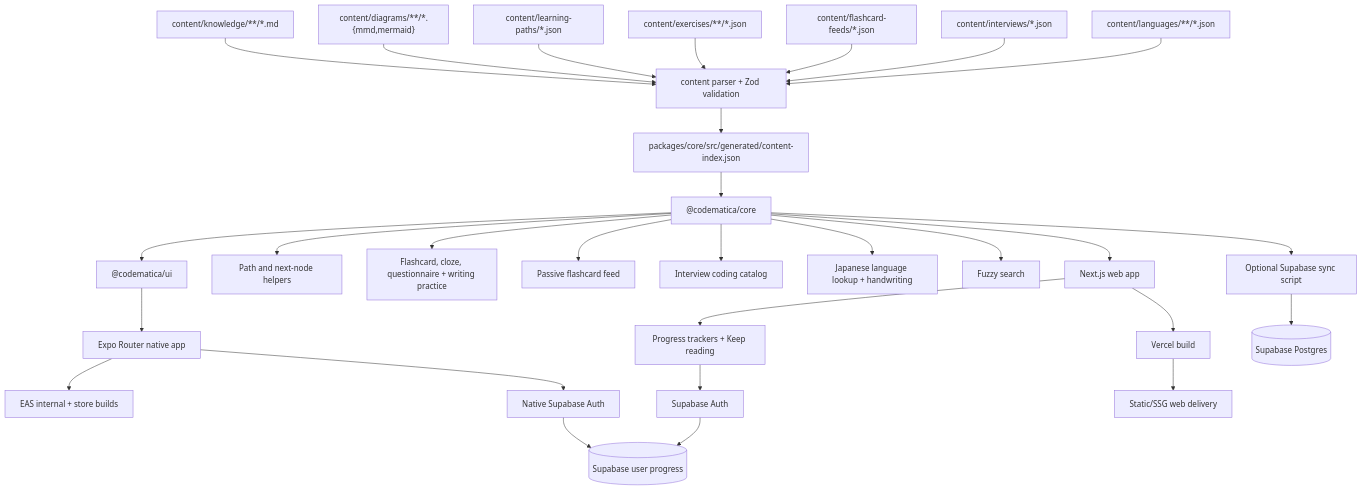
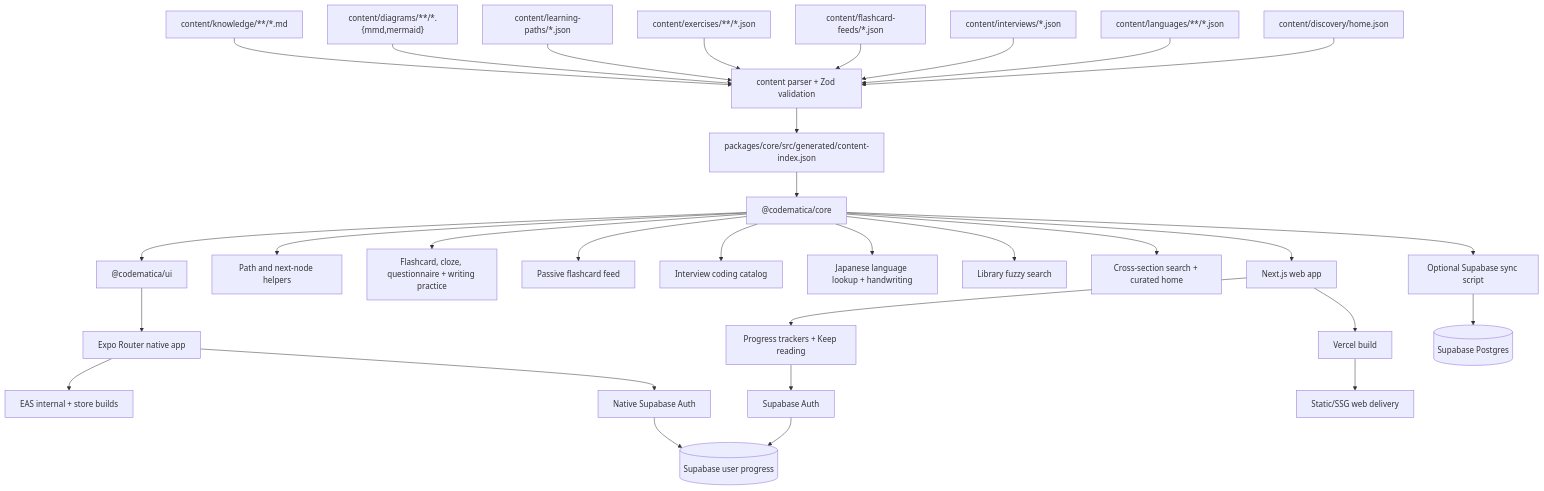
The diagram in docs/engineering-overview.md (dano-gutierrez/codematica), drawn with Mermaid before and after one commit. The commit also changed other lines of this file and 82 other files, not shown here.

Commit message:
Add learning paths and redesign home discovery (#3)

````diff
--- a/docs/engineering-overview.md
+++ b/docs/engineering-overview.md
@@ -33,31 +33,33 @@
 ```mermaid
 flowchart TD
   MD["content/knowledge/**/*.md"] --> Parser["content parser + Zod validation"]
   MMD["content/diagrams/**/*.{mmd,mermaid}"] --> Parser
   PATHS["content/learning-paths/*.json"] --> Parser
   EX["content/exercises/**/*.json"] --> Parser
   FEEDS["content/flashcard-feeds/*.json"] --> Parser
   IV["content/interviews/*.json"] --> Parser
   LANG["content/languages/**/*.json"] --> Parser
+  DISC["content/discovery/home.json"] --> Parser
   Parser --> Index["packages/core/src/generated/content-index.json"]
   Index --> Core["@codematica/core"]
   Core --> SharedUI["@codematica/ui"]
   Core --> Paths["Path and next-node helpers"]
   Core --> Practice["Flashcard, cloze, questionnaire + writing practice"]
   Core --> Passive["Passive flashcard feed"]
   Core --> Interviews["Interview coding catalog"]
   Core --> Languages["Japanese language lookup + handwriting"]
-  Core --> Search["Fuzzy search"]
+  Core --> Search["Library fuzzy search"]
+  Core --> Discovery["Cross-section search + curated home"]
   SharedUI --> Native["Expo Router native app"]
   Core --> Web["Next.js web app"]
   Web --> ProgressUI["Progress trackers + Keep reading"]
   Web --> Vercel["Vercel build"]
   Vercel --> CDN["Static/SSG web delivery"]
   Native --> EAS["EAS internal + store builds"]
   Core --> Sync["Optional Supabase sync script"]
   Sync --> DB[("Supabase Postgres")]
   ProgressUI --> Auth["Supabase Auth"]
   Native --> NativeAuth["Native Supabase Auth"]
   Auth --> UserDB[("Supabase user progress")]
   NativeAuth --> UserDB
 ```
````
